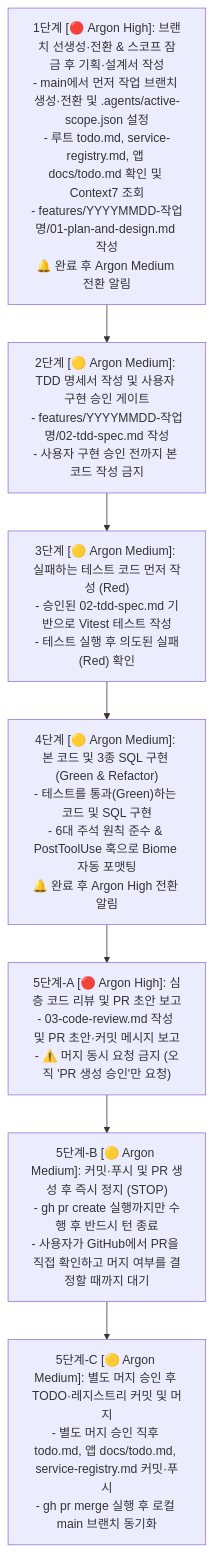
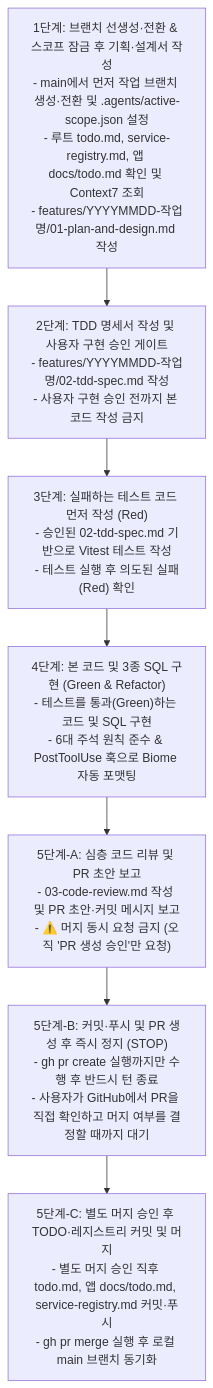
The diagram in docs/study/03-ai-harness-and-tdd-workflow-guide.md (dev-HongCheol/mfe-study), drawn with Mermaid before and after one commit. The commit also changed other lines of this file and 6 other files, not shown here.

````diff
--- a/docs/study/03-ai-harness-and-tdd-workflow-guide.md
+++ b/docs/study/03-ai-harness-and-tdd-workflow-guide.md
@@ -11,12 +11,12 @@
 ```mermaid
 flowchart TD
-    S1["1단계 [🔴 Argon High]: 브랜치 선생성·전환 & 스코프 잠금 후 기획·설계서 작성<br/>- main에서 먼저 작업 브랜치 생성·전환 및 .agents/active-scope.json 설정<br/>- 루트 todo.md, service-registry.md, 앱 docs/todo.md 확인 및 Context7 조회<br/>- features/YYYYMMDD-작업명/01-plan-and-design.md 작성<br/>🔔 완료 후 Argon Medium 전환 알림"]
-    S2["2단계 [🟡 Argon Medium]: TDD 명세서 작성 및 사용자 구현 승인 게이트<br/>- features/YYYYMMDD-작업명/02-tdd-spec.md 작성<br/>- 사용자 구현 승인 전까지 본 코드 작성 금지"]
-    S3["3단계 [🟡 Argon Medium]: 실패하는 테스트 코드 먼저 작성 (Red)<br/>- 승인된 02-tdd-spec.md 기반으로 Vitest 테스트 작성<br/>- 테스트 실행 후 의도된 실패(Red) 확인"]
-    S4["4단계 [🟡 Argon Medium]: 본 코드 및 3종 SQL 구현 (Green & Refactor)<br/>- 테스트를 통과(Green)하는 코드 및 SQL 구현<br/>- 6대 주석 원칙 준수 & PostToolUse 훅으로 Biome 자동 포맷팅<br/>🔔 완료 후 Argon High 전환 알림"]
-    S5A["5단계-A [🔴 Argon High]: 심층 코드 리뷰 및 PR 초안 보고<br/>- 03-code-review.md 작성 및 PR 초안·커밋 메시지 보고<br/>- ⚠️ 머지 동시 요청 금지 (오직 'PR 생성 승인'만 요청)"]
-    S5B["5단계-B [🟡 Argon Medium]: 커밋·푸시 및 PR 생성 후 즉시 정지 (STOP)<br/>- gh pr create 실행까지만 수행 후 반드시 턴 종료<br/>- 사용자가 GitHub에서 PR을 직접 확인하고 머지 여부를 결정할 때까지 대기"]
-    S5C["5단계-C [🟡 Argon Medium]: 별도 머지 승인 후 TODO·레지스트리 커밋 및 머지<br/>- 별도 머지 승인 직후 todo.md, 앱 docs/todo.md, service-registry.md 커밋·푸시<br/>- gh pr merge 실행 후 로컬 main 브랜치 동기화"]
+    S1["1단계: 브랜치 선생성·전환 & 스코프 잠금 후 기획·설계서 작성<br/>- main에서 먼저 작업 브랜치 생성·전환 및 .agents/active-scope.json 설정<br/>- 루트 todo.md, service-registry.md, 앱 docs/todo.md 확인 및 Context7 조회<br/>- features/YYYYMMDD-작업명/01-plan-and-design.md 작성"]
+    S2["2단계: TDD 명세서 작성 및 사용자 구현 승인 게이트<br/>- features/YYYYMMDD-작업명/02-tdd-spec.md 작성<br/>- 사용자 구현 승인 전까지 본 코드 작성 금지"]
+    S3["3단계: 실패하는 테스트 코드 먼저 작성 (Red)<br/>- 승인된 02-tdd-spec.md 기반으로 Vitest 테스트 작성<br/>- 테스트 실행 후 의도된 실패(Red) 확인"]
+    S4["4단계: 본 코드 및 3종 SQL 구현 (Green & Refactor)<br/>- 테스트를 통과(Green)하는 코드 및 SQL 구현<br/>- 6대 주석 원칙 준수 & PostToolUse 훅으로 Biome 자동 포맷팅"]
+    S5A["5단계-A: 심층 코드 리뷰 및 PR 초안 보고<br/>- 03-code-review.md 작성 및 PR 초안·커밋 메시지 보고<br/>- ⚠️ 머지 동시 요청 금지 (오직 'PR 생성 승인'만 요청)"]
+    S5B["5단계-B: 커밋·푸시 및 PR 생성 후 즉시 정지 (STOP)<br/>- gh pr create 실행까지만 수행 후 반드시 턴 종료<br/>- 사용자가 GitHub에서 PR을 직접 확인하고 머지 여부를 결정할 때까지 대기"]
+    S5C["5단계-C: 별도 머지 승인 후 TODO·레지스트리 커밋 및 머지<br/>- 별도 머지 승인 직후 todo.md, 앱 docs/todo.md, service-registry.md 커밋·푸시<br/>- gh pr merge 실행 후 로컬 main 브랜치 동기화"]
 
     S1 --> S2 --> S3 --> S4 --> S5A --> S5B --> S5C
 ```
````
